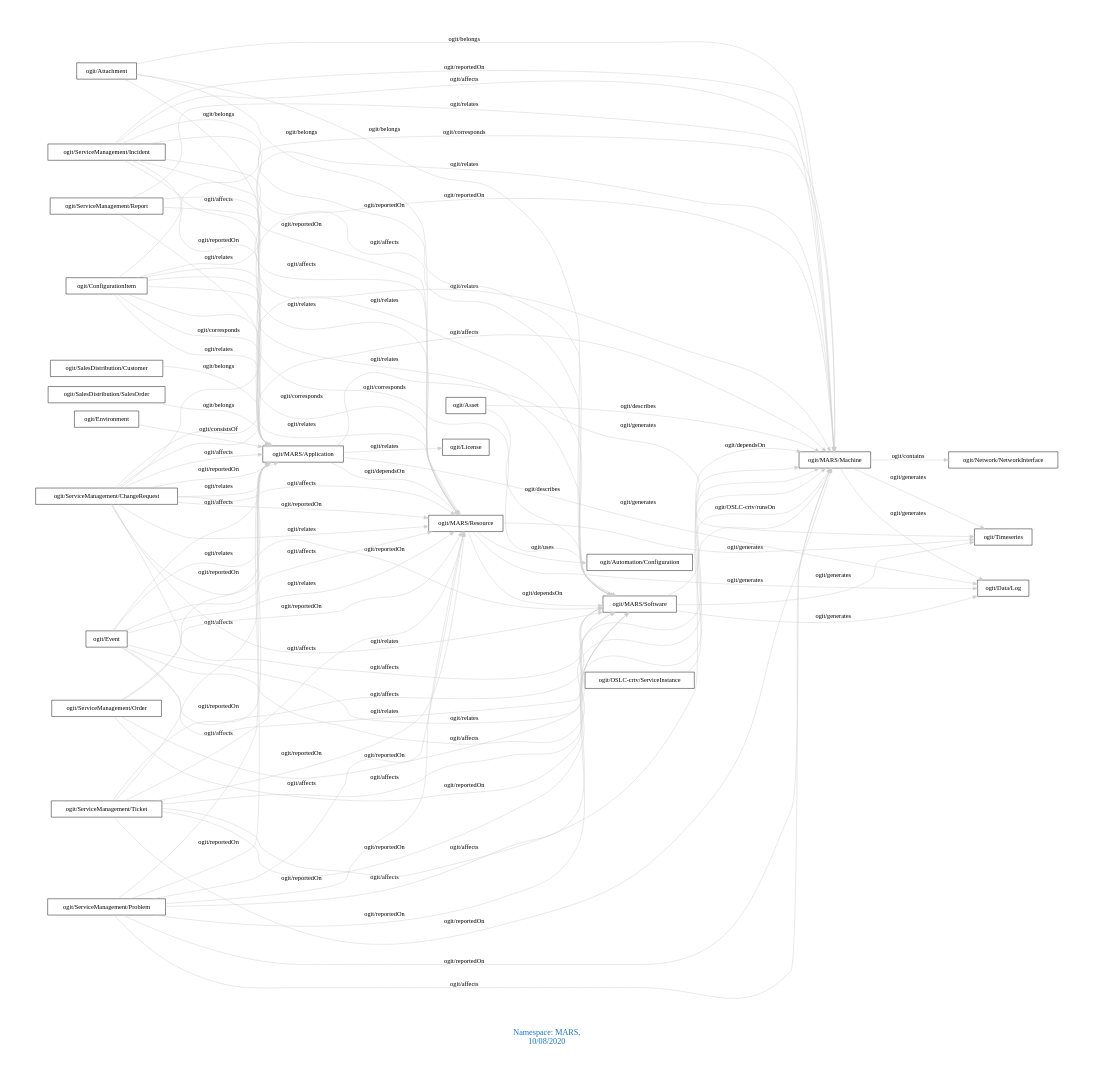
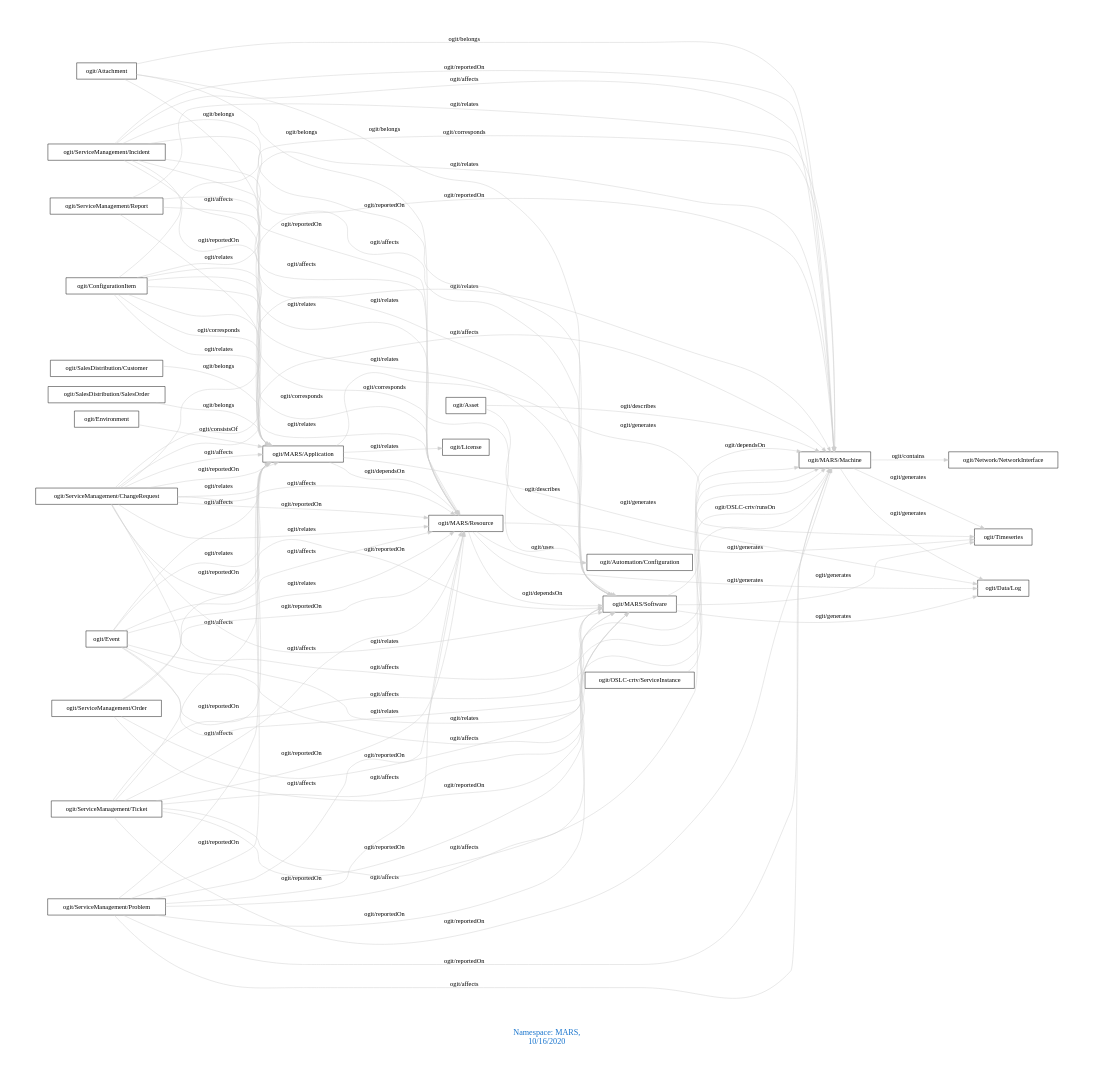
The diagram in downloads/MARS.dot (arago/OGIT), drawn with Graphviz before and after one commit. The commit also changed 1828 other files, not shown here.

```diff
--- a/downloads/MARS.dot
+++ b/downloads/MARS.dot
@@ -1,92 +1,92 @@
 digraph OGIT_ontology {
  graph [ rankdir= LR,pad=1 
 fontsize = 18,
-fontcolor= dodgerblue3,label = "\n\n\nNamespace: MARS, \n 10/08/2020"];
+fontcolor= dodgerblue3,label = "\n\n\nNamespace: MARS, \n 10/16/2020"];
 node[shape=polygon];
 edge [  color="gray81"];
 
    "ogit/MARS/Machine" -> "ogit/Network/NetworkInterface" [label="   ogit/contains    "];
    "ogit/MARS/Application" -> "ogit/Data/Log" [label="   ogit/generates    "];
    "ogit/MARS/Application" -> "ogit/Timeseries" [label="   ogit/generates    "];
    "ogit/MARS/Machine" -> "ogit/Data/Log" [label="   ogit/generates    "];
    "ogit/MARS/Machine" -> "ogit/Timeseries" [label="   ogit/generates    "];
    "ogit/MARS/Resource" -> "ogit/Data/Log" [label="   ogit/generates    "];
    "ogit/MARS/Resource" -> "ogit/Timeseries" [label="   ogit/generates    "];
    "ogit/MARS/Software" -> "ogit/Data/Log" [label="   ogit/generates    "];
    "ogit/MARS/Software" -> "ogit/Timeseries" [label="   ogit/generates    "];
    "ogit/Asset" -> "ogit/MARS/Software" [label="   ogit/describes    "];
    "ogit/Asset" -> "ogit/MARS/Machine" [label="   ogit/describes    "];
    "ogit/ConfigurationItem" -> "ogit/MARS/Application" [label="   ogit/corresponds    "];
    "ogit/ConfigurationItem" -> "ogit/MARS/Resource" [label="   ogit/corresponds    "];
    "ogit/ConfigurationItem" -> "ogit/MARS/Software" [label="   ogit/corresponds    "];
    "ogit/ConfigurationItem" -> "ogit/MARS/Machine" [label="   ogit/corresponds    "];
    "ogit/ServiceManagement/ChangeRequest" -> "ogit/MARS/Application" [label="   ogit/affects    "];
    "ogit/ServiceManagement/ChangeRequest" -> "ogit/MARS/Resource" [label="   ogit/affects    "];
    "ogit/ServiceManagement/ChangeRequest" -> "ogit/MARS/Software" [label="   ogit/affects    "];
    "ogit/ServiceManagement/ChangeRequest" -> "ogit/MARS/Machine" [label="   ogit/affects    "];
    "ogit/ServiceManagement/Incident" -> "ogit/MARS/Application" [label="   ogit/affects    "];
    "ogit/ServiceManagement/Incident" -> "ogit/MARS/Resource" [label="   ogit/affects    "];
    "ogit/ServiceManagement/Incident" -> "ogit/MARS/Software" [label="   ogit/affects    "];
    "ogit/ServiceManagement/Incident" -> "ogit/MARS/Machine" [label="   ogit/affects    "];
    "ogit/ServiceManagement/Problem" -> "ogit/MARS/Application" [label="   ogit/affects    "];
    "ogit/ServiceManagement/Problem" -> "ogit/MARS/Resource" [label="   ogit/affects    "];
    "ogit/ServiceManagement/Problem" -> "ogit/MARS/Software" [label="   ogit/affects    "];
    "ogit/ServiceManagement/Problem" -> "ogit/MARS/Machine" [label="   ogit/affects    "];
    "ogit/ServiceManagement/Ticket" -> "ogit/MARS/Application" [label="   ogit/affects    "];
    "ogit/ServiceManagement/Ticket" -> "ogit/MARS/Resource" [label="   ogit/affects    "];
    "ogit/ServiceManagement/Ticket" -> "ogit/MARS/Software" [label="   ogit/affects    "];
    "ogit/ServiceManagement/Ticket" -> "ogit/MARS/Machine" [label="   ogit/affects    "];
    "ogit/Event" -> "ogit/MARS/Application" [label="   ogit/affects    "];
    "ogit/Event" -> "ogit/MARS/Resource" [label="   ogit/affects    "];
    "ogit/Event" -> "ogit/MARS/Software" [label="   ogit/affects    "];
    "ogit/Event" -> "ogit/MARS/Machine" [label="   ogit/affects    "];
    "ogit/OSLC-crtv/ServiceInstance" -> "ogit/MARS/Machine" [label="   ogit/OSLC-crtv/runsOn    "];
    "ogit/MARS/Application" -> "ogit/MARS/Resource" [label="   ogit/dependsOn    "];
    "ogit/MARS/Resource" -> "ogit/MARS/Software" [label="   ogit/dependsOn    "];
    "ogit/MARS/Software" -> "ogit/MARS/Machine" [label="   ogit/dependsOn    "];
    "ogit/SalesDistribution/Customer" -> "ogit/MARS/Application" [label="   ogit/belongs    "];
    "ogit/SalesDistribution/SalesOrder" -> "ogit/MARS/Application" [label="   ogit/belongs    "];
    "ogit/Attachment" -> "ogit/MARS/Machine" [label="   ogit/belongs    "];
    "ogit/Attachment" -> "ogit/MARS/Software" [label="   ogit/belongs    "];
    "ogit/Attachment" -> "ogit/MARS/Resource" [label="   ogit/belongs    "];
    "ogit/Attachment" -> "ogit/MARS/Application" [label="   ogit/belongs    "];
    "ogit/MARS/Resource" -> "ogit/Automation/Configuration" [label="   ogit/uses    "];
    "ogit/ServiceManagement/ChangeRequest" -> "ogit/MARS/Machine" [label="   ogit/reportedOn    "];
    "ogit/ServiceManagement/ChangeRequest" -> "ogit/MARS/Software" [label="   ogit/reportedOn    "];
    "ogit/ServiceManagement/ChangeRequest" -> "ogit/MARS/Resource" [label="   ogit/reportedOn    "];
    "ogit/ServiceManagement/ChangeRequest" -> "ogit/MARS/Application" [label="   ogit/reportedOn    "];
    "ogit/ServiceManagement/Incident" -> "ogit/MARS/Machine" [label="   ogit/reportedOn    "];
    "ogit/ServiceManagement/Incident" -> "ogit/MARS/Software" [label="   ogit/reportedOn    "];
    "ogit/ServiceManagement/Incident" -> "ogit/MARS/Resource" [label="   ogit/reportedOn    "];
    "ogit/ServiceManagement/Incident" -> "ogit/MARS/Application" [label="   ogit/reportedOn    "];
    "ogit/ServiceManagement/Order" -> "ogit/MARS/Machine" [label="   ogit/reportedOn    "];
    "ogit/ServiceManagement/Order" -> "ogit/MARS/Software" [label="   ogit/reportedOn    "];
    "ogit/ServiceManagement/Order" -> "ogit/MARS/Resource" [label="   ogit/reportedOn    "];
    "ogit/ServiceManagement/Order" -> "ogit/MARS/Application" [label="   ogit/reportedOn    "];
    "ogit/ServiceManagement/Problem" -> "ogit/MARS/Machine" [label="   ogit/reportedOn    "];
    "ogit/ServiceManagement/Problem" -> "ogit/MARS/Software" [label="   ogit/reportedOn    "];
    "ogit/ServiceManagement/Problem" -> "ogit/MARS/Resource" [label="   ogit/reportedOn    "];
    "ogit/ServiceManagement/Problem" -> "ogit/MARS/Application" [label="   ogit/reportedOn    "];
    "ogit/ServiceManagement/Ticket" -> "ogit/MARS/Machine" [label="   ogit/reportedOn    "];
    "ogit/ServiceManagement/Ticket" -> "ogit/MARS/Software" [label="   ogit/reportedOn    "];
    "ogit/ServiceManagement/Ticket" -> "ogit/MARS/Resource" [label="   ogit/reportedOn    "];
    "ogit/ServiceManagement/Ticket" -> "ogit/MARS/Application" [label="   ogit/reportedOn    "];
    "ogit/Environment" -> "ogit/MARS/Application" [label="   ogit/consistsOf    "];
    "ogit/MARS/Application" -> "ogit/License" [label="   ogit/relates    "];
    "ogit/ServiceManagement/ChangeRequest" -> "ogit/MARS/Machine" [label="   ogit/relates    "];
    "ogit/ServiceManagement/ChangeRequest" -> "ogit/MARS/Software" [label="   ogit/relates    "];
    "ogit/ServiceManagement/ChangeRequest" -> "ogit/MARS/Resource" [label="   ogit/relates    "];
    "ogit/ServiceManagement/ChangeRequest" -> "ogit/MARS/Application" [label="   ogit/relates    "];
    "ogit/ServiceManagement/Report" -> "ogit/MARS/Machine" [label="   ogit/relates    "];
    "ogit/ServiceManagement/Report" -> "ogit/MARS/Software" [label="   ogit/relates    "];
    "ogit/ServiceManagement/Report" -> "ogit/MARS/Resource" [label="   ogit/relates    "];
    "ogit/ServiceManagement/Report" -> "ogit/MARS/Application" [label="   ogit/relates    "];
    "ogit/ConfigurationItem" -> "ogit/MARS/Machine" [label="   ogit/relates    "];
    "ogit/ConfigurationItem" -> "ogit/MARS/Software" [label="   ogit/relates    "];
    "ogit/ConfigurationItem" -> "ogit/MARS/Resource" [label="   ogit/relates    "];
    "ogit/ConfigurationItem" -> "ogit/MARS/Application" [label="   ogit/relates    "];
    "ogit/Event" -> "ogit/MARS/Machine" [label="   ogit/relates    "];
    "ogit/Event" -> "ogit/MARS/Software" [label="   ogit/relates    "];
    "ogit/Event" -> "ogit/MARS/Resource" [label="   ogit/relates    "];
    "ogit/Event" -> "ogit/MARS/Application" [label="   ogit/relates    "];
 }
```
